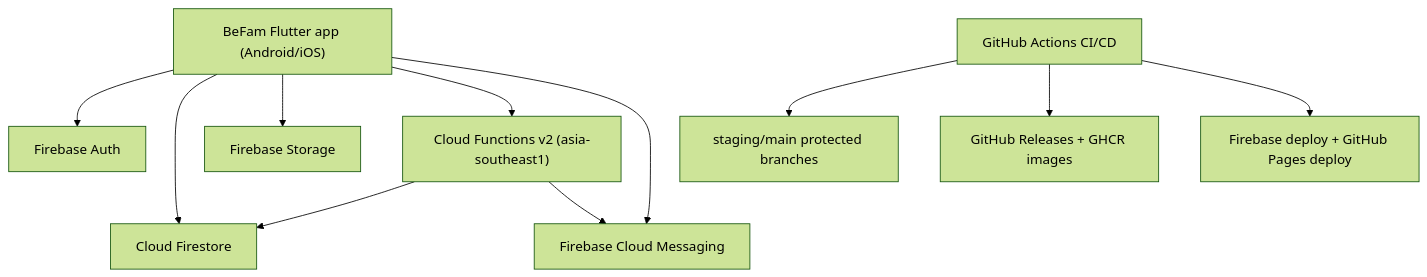
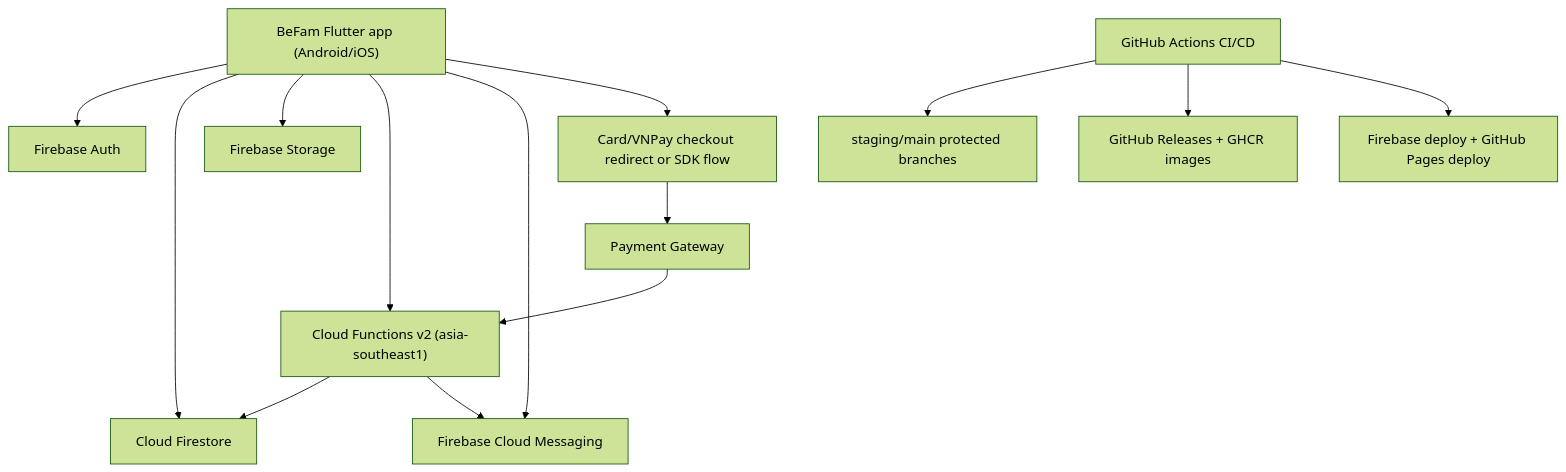
One commit to phamhungptithcm/gia-pha changed the diagram in docs/02-architecture/system-design.md. Above: the diagram before and after it, drawn with Mermaid (forest theme). The commit also changed other lines of this file and 21 other files, not shown here.

````diff
--- a/docs/02-architecture/system-design.md
+++ b/docs/02-architecture/system-design.md
@@ -7,13 +7,16 @@
 ```mermaid
 flowchart TD
     A["BeFam Flutter app (Android/iOS)"] --> B["Firebase Auth"]
     A --> C["Cloud Firestore"]
     A --> D["Firebase Storage"]
     A --> E["Cloud Functions v2 (asia-southeast1)"]
     A --> F["Firebase Cloud Messaging"]
+    A --> K["Card/VNPay checkout redirect or SDK flow"]
     E --> C
     E --> F
+    K --> L["Payment Gateway"]
+    L --> E
     G["GitHub Actions CI/CD"] --> H["staging/main protected branches"]
     G --> I["GitHub Releases + GHCR images"]
     G --> J["Firebase deploy + GitHub Pages deploy"]
 ```
````
